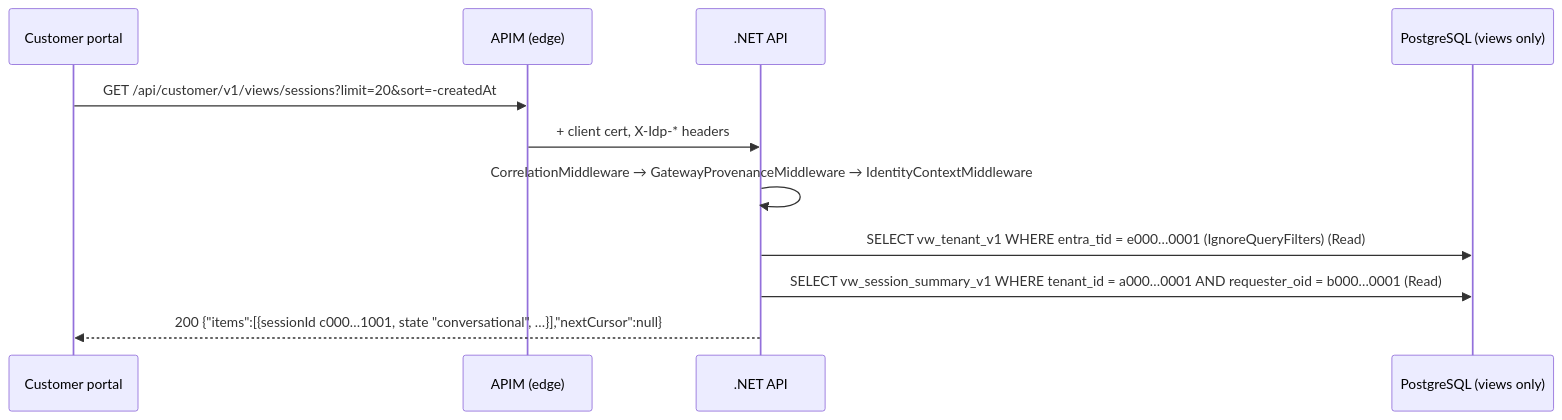
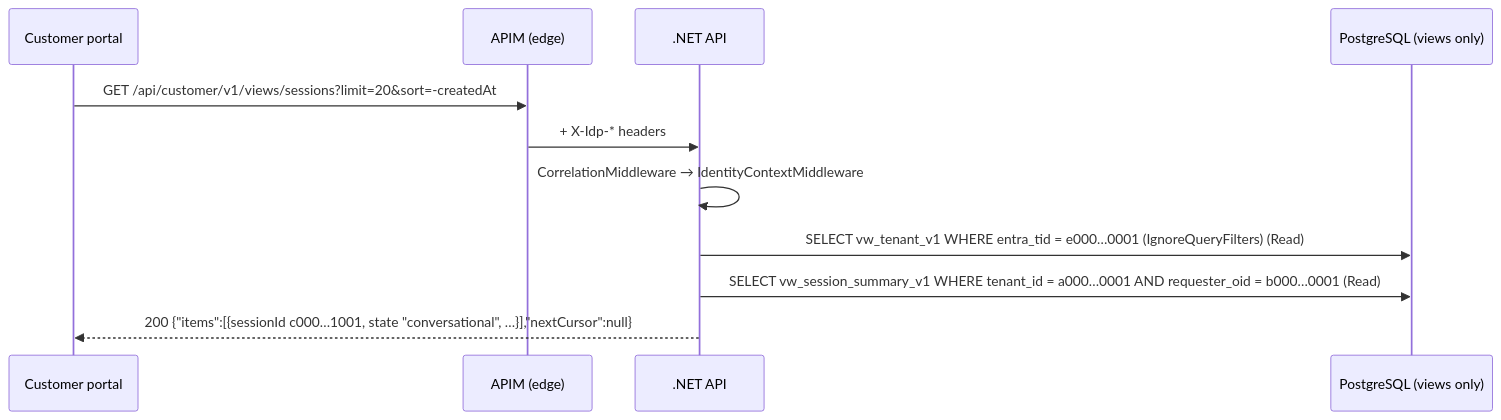
Before and after one commit to kotharinilay/itsm-poc: the second of 6 diagrams in docs/current-implementation/scenarios.md, drawn with Mermaid. The commit also changed other lines of this file and 1 other file, not shown here.

First line of the commit message:
docs: drop gateway provenance from the current-implementation docs

````diff
--- a/docs/current-implementation/scenarios.md
+++ b/docs/current-implementation/scenarios.md
@@ -143,13 +145,13 @@
 ```mermaid
 sequenceDiagram
   participant C as Customer portal
   participant G as APIM (edge)
   participant N as .NET API
   participant DB as PostgreSQL (views only)
   C->>G: GET /api/customer/v1/views/sessions?limit=20&sort=-createdAt
-  G->>N: + client cert, X-Idp-* headers
-  N->>N: CorrelationMiddleware → GatewayProvenanceMiddleware → IdentityContextMiddleware
+  G->>N: + X-Idp-* headers
+  N->>N: CorrelationMiddleware → IdentityContextMiddleware
   N->>DB: SELECT vw_tenant_v1 WHERE entra_tid = e000…0001 (IgnoreQueryFilters) (Read)
   N->>DB: SELECT vw_session_summary_v1 WHERE tenant_id = a000…0001 AND requester_oid = b000…0001 (Read)
   N-->>C: 200 {"items":[{sessionId c000…1001, state "conversational", …}],"nextCursor":null}
 ```
````
